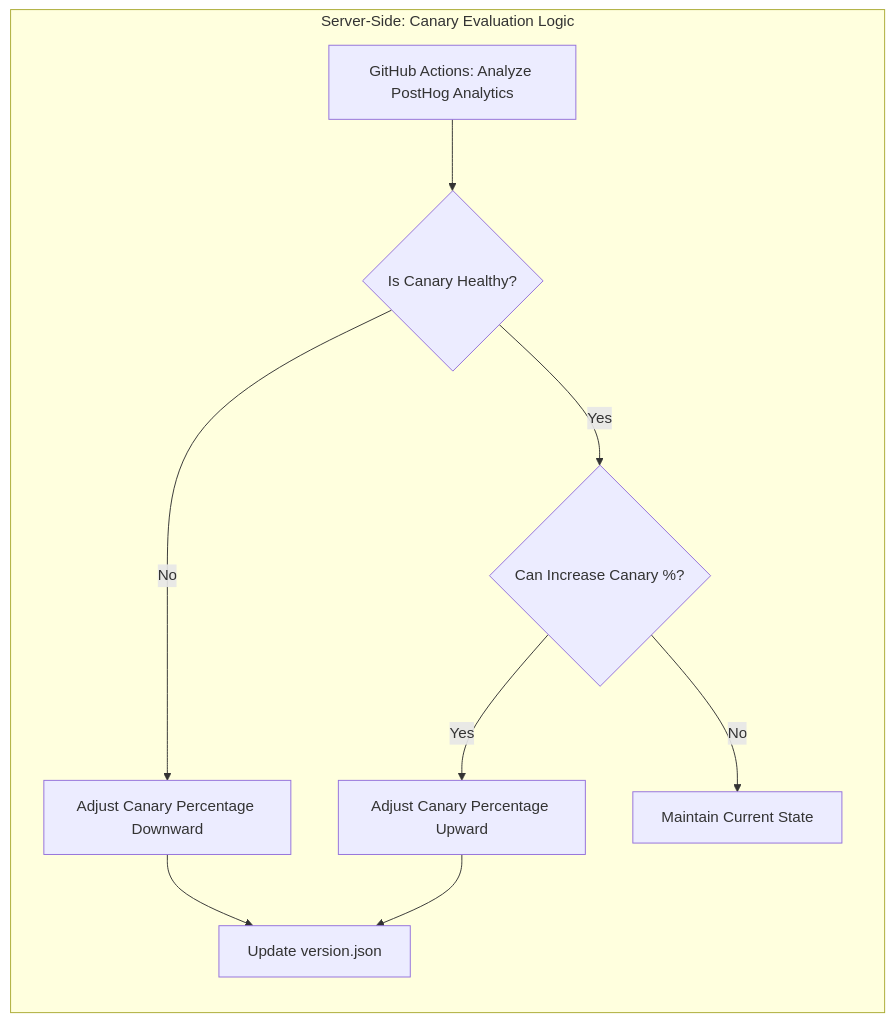
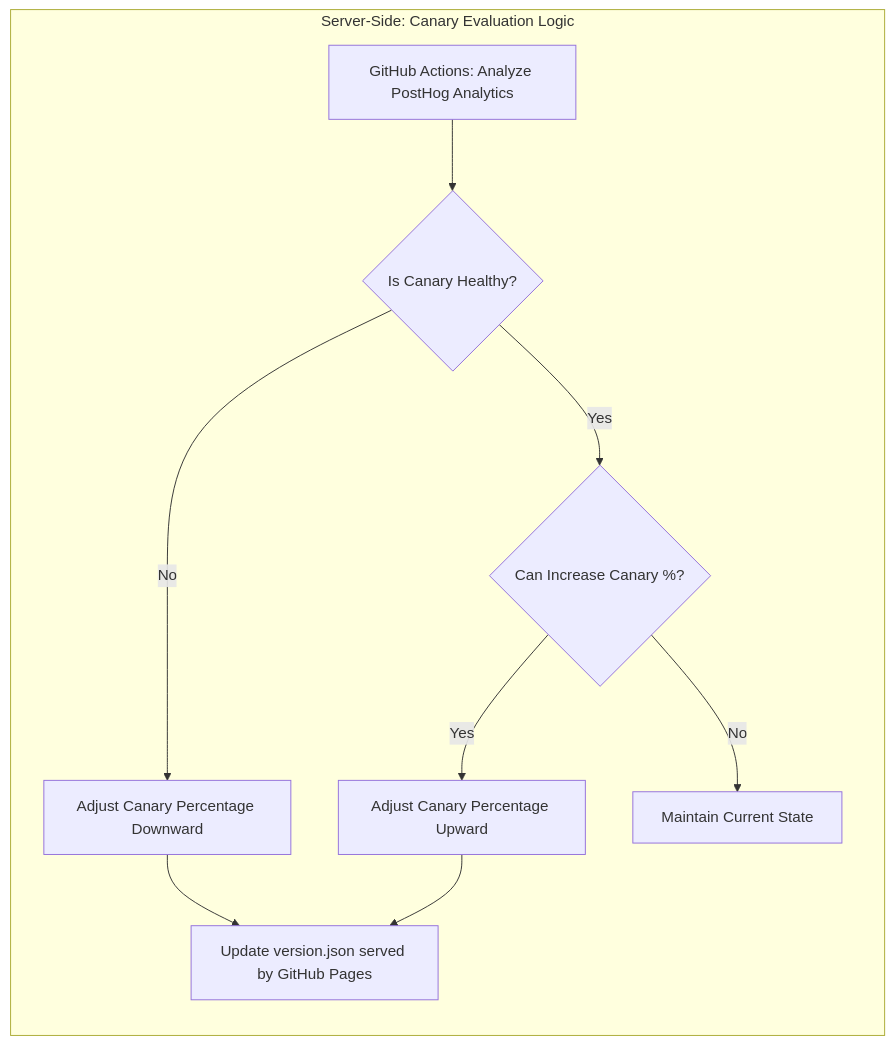
Before and after one commit to lloydchang/client-side-canary-deployment: the second of 4 diagrams in README.md, drawn with Mermaid. The commit also changed other lines of this file, not shown here.

````diff
--- a/README.md
+++ b/README.md
@@ -34,13 +34,13 @@
 ```mermaid
 graph LR
     subgraph Server-Side: Canary Evaluation Logic
         L[GitHub Actions: Analyze PostHog Analytics]
         L --> M{Is Canary Healthy?}
         M -->|No| N[Adjust Canary Percentage Downward]
         M -->|Yes| O{Can Increase Canary %?}
         O -->|Yes| P[Adjust Canary Percentage Upward]
         O -->|No| Q[Maintain Current State]
-        N --> R[Update version.json]
+        N --> R[Update version.json served by GitHub Pages]
         P --> R
     end
 ```
````
